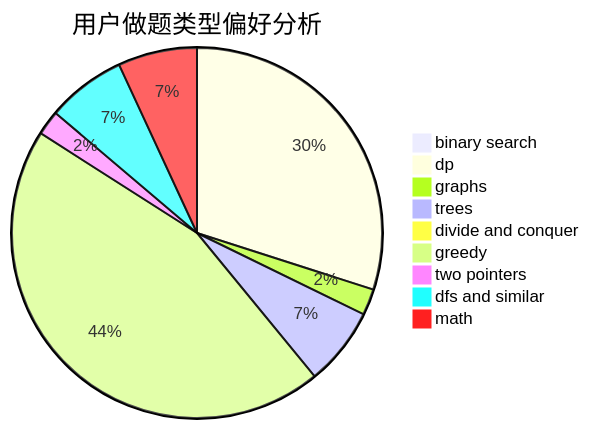
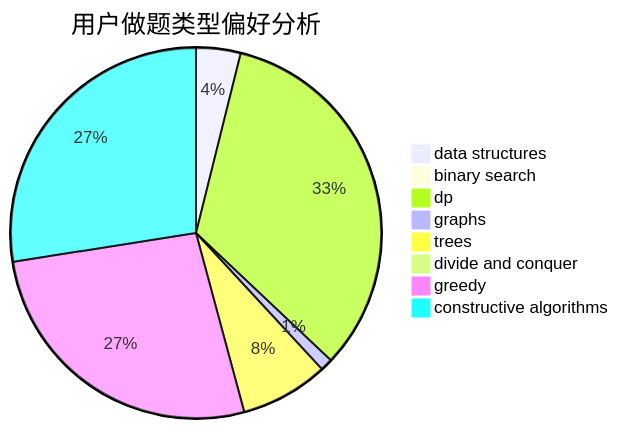
Before and after one commit to sherpahu/cfrs.github.io: the second of 3 diagrams in docs/user/u2511.md, drawn with Mermaid. The commit also changed other lines of this file and 2775 other files, not shown here.

````diff
--- a/docs/user/u2511.md
+++ b/docs/user/u2511.md
@@ -23,12 +23,11 @@
 ```mermaid
 pie title 用户做题类型偏好分析
-    "binary search" :  14
-    "dp" :  486
-    "graphs" :  37
-    "trees" :  111
-    "divide and conquer" :  4
-    "greedy" :  730
-    "two pointers" :  35
-    "dfs and similar" :  112
-    "math" :  112
+    "data structures" :  50
+    "binary search" :  6
+    "dp" :  427
+    "graphs" :  14
+    "trees" :  99
+    "divide and conquer" :  0
+    "greedy" :  344
+    "constructive algorithms" :  354
 ```
````
